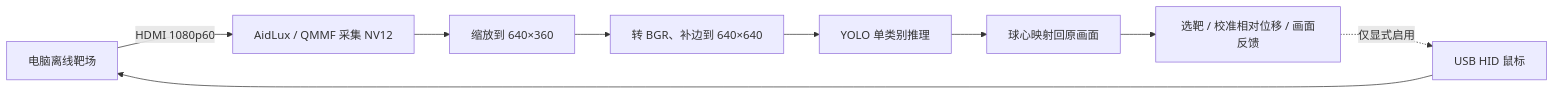
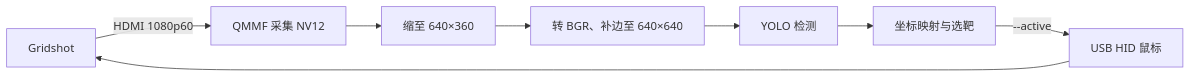
One commit to sunwen-me/qcs8550-gridshot changed the diagram in README.md. Above: the diagram before and after it, drawn with Mermaid. The commit also changed other lines of this file and 3 other files, not shown here.

````diff
--- a/README.md
+++ b/README.md
@@ -9,11 +5,10 @@
 ```mermaid
 flowchart LR
-    A[电脑离线靶场] -->|HDMI 1080p60| B[AidLux / QMMF 采集 NV12]
-    B --> C[缩放到 640×360]
-    C --> D[转 BGR、补边到 640×640]
-    D --> E[YOLO 单类别推理]
-    E --> F[球心映射回原画面]
-    F --> G[选靶 / 校准相对位移 / 画面反馈]
-    G -. 仅显式启用 .-> H[USB HID 鼠标]
+    A[Gridshot] -->|HDMI 1080p60| B[QMMF 采集 NV12]
+    B --> C[缩至 640×360]
+    C --> D[转 BGR、补边至 640×640]
+    D --> E[YOLO 检测]
+    E --> F[坐标映射与选靶]
+    F -->|--active| H[USB HID 鼠标]
     H --> A
 ```
````
